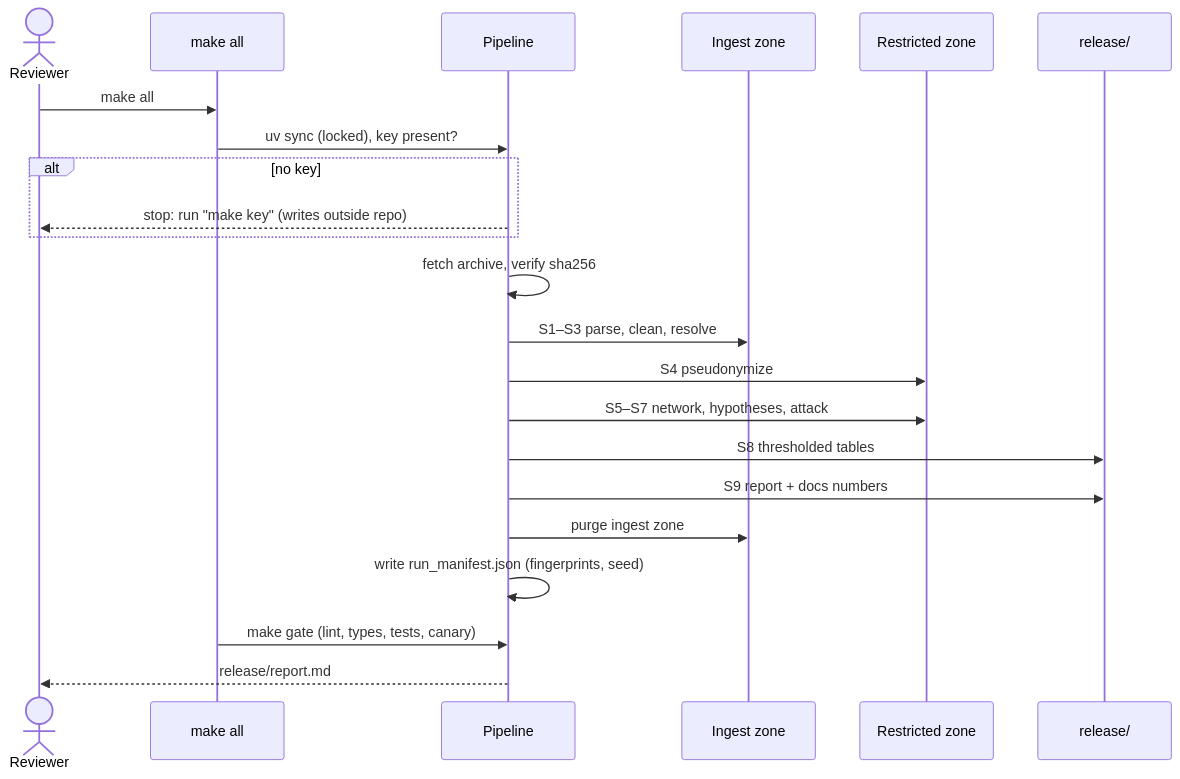
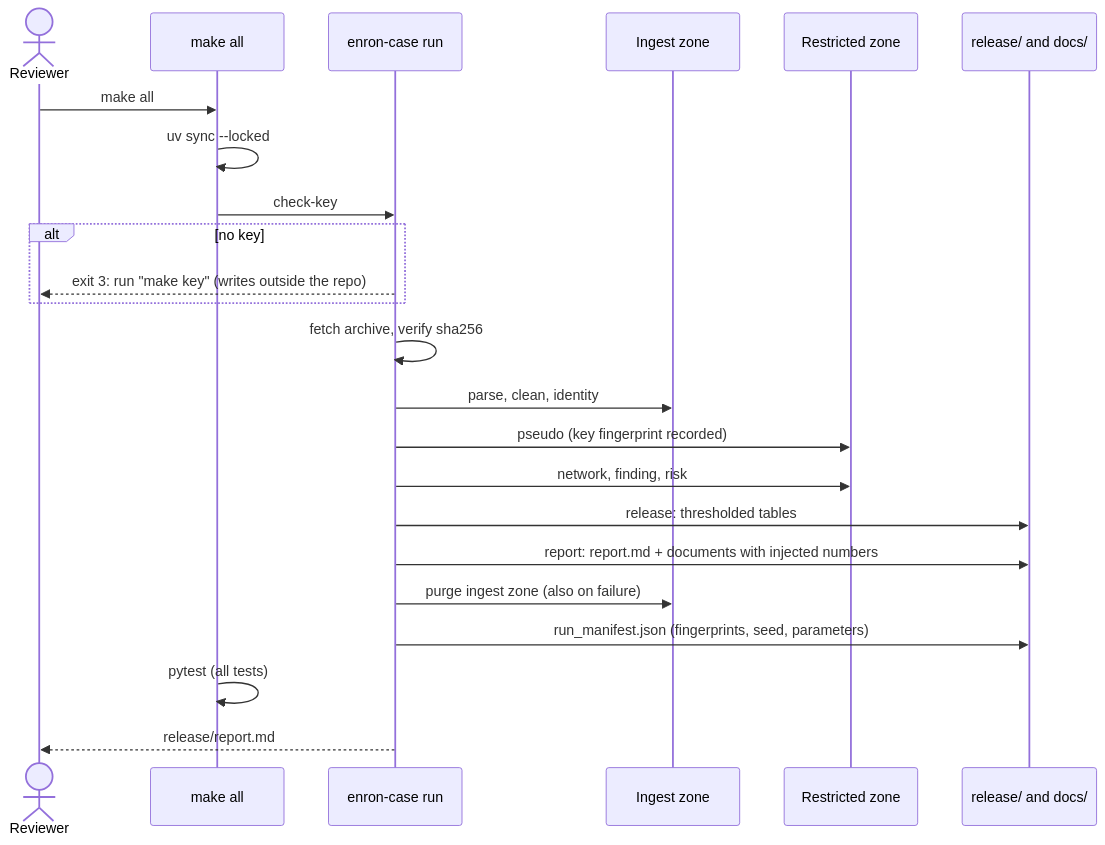
The second of 6 diagrams in docs/architecture.md (marcusvieira88/network-science), drawn with Mermaid before and after one commit. The commit also changed other lines of this file, not shown here.

First line of the commit message:
Docs as built: architecture

````diff
--- a/docs/architecture.md
+++ b/docs/architecture.md
@@ -53,24 +96,25 @@
 ```mermaid
 sequenceDiagram
     actor Rev as Reviewer
     participant M as make all
-    participant P as Pipeline
+    participant P as enron-case run
     participant Z1 as Ingest zone
     participant Z2 as Restricted zone
-    participant Z3 as release/
+    participant Z3 as release/ and docs/
     Rev->>M: make all
-    M->>P: uv sync (locked), key present?
+    M->>M: uv sync --locked
+    M->>P: check-key
     alt no key
-        P-->>Rev: stop: run "make key" (writes outside repo)
+        P-->>Rev: exit 3: run "make key" (writes outside the repo)
     end
     P->>P: fetch archive, verify sha256
-    P->>Z1: S1–S3 parse, clean, resolve
-    P->>Z2: S4 pseudonymize
-    P->>Z2: S5–S7 network, hypotheses, attack
-    P->>Z3: S8 thresholded tables
-    P->>Z3: S9 report + docs numbers
-    P->>Z1: purge ingest zone
-    P->>P: write run_manifest.json (fingerprints, seed)
-    M->>P: make gate (lint, types, tests, canary)
+    P->>Z1: parse, clean, identity
+    P->>Z2: pseudo (key fingerprint recorded)
+    P->>Z2: network, finding, risk
+    P->>Z3: release: thresholded tables
+    P->>Z3: report: report.md + documents with injected numbers
+    P->>Z1: purge ingest zone (also on failure)
+    P->>Z3: run_manifest.json (fingerprints, seed, parameters)
+    M->>M: pytest (all tests)
     P-->>Rev: release/report.md
 ```
````
